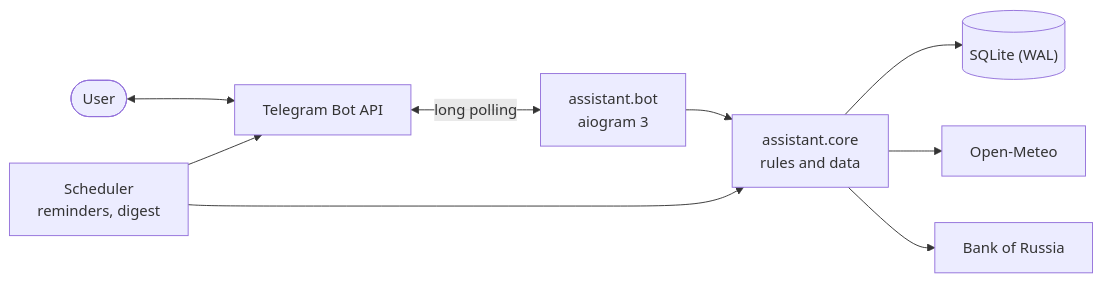
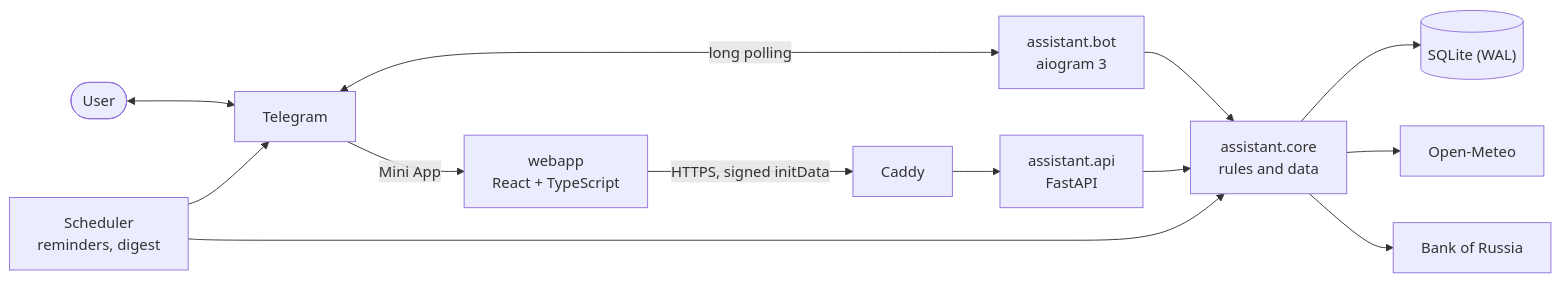
Before and after one commit to APELSINKos/personal-assistant-bot: the diagram in README.en.md, drawn with Mermaid. The commit also changed other lines of this file and 10 other files, not shown here.

Commit message:
docs: Mini App в README, архитектуре, разработке, деплое и руководстве; версия 2.1.0

````diff
--- a/README.en.md
+++ b/README.en.md
@@ -54,11 +71,15 @@
 ```mermaid
 flowchart LR
-    user([User]) <--> tg[Telegram Bot API]
+    user([User]) <--> tg[Telegram]
     tg <-->|long polling| bot["assistant.bot<br/>aiogram 3"]
+    tg -->|Mini App| web["webapp<br/>React + TypeScript"]
+    web -->|"HTTPS, signed initData"| caddy[Caddy]
+    caddy --> api["assistant.api<br/>FastAPI"]
     bot --> core["assistant.core<br/>rules and data"]
+    api --> core
     scheduler["Scheduler<br/>reminders, digest"] --> core
     scheduler --> tg
     core --> db[("SQLite (WAL)")]
     core --> meteo[Open-Meteo]
     core --> cbr[Bank of Russia]
 ```
````
